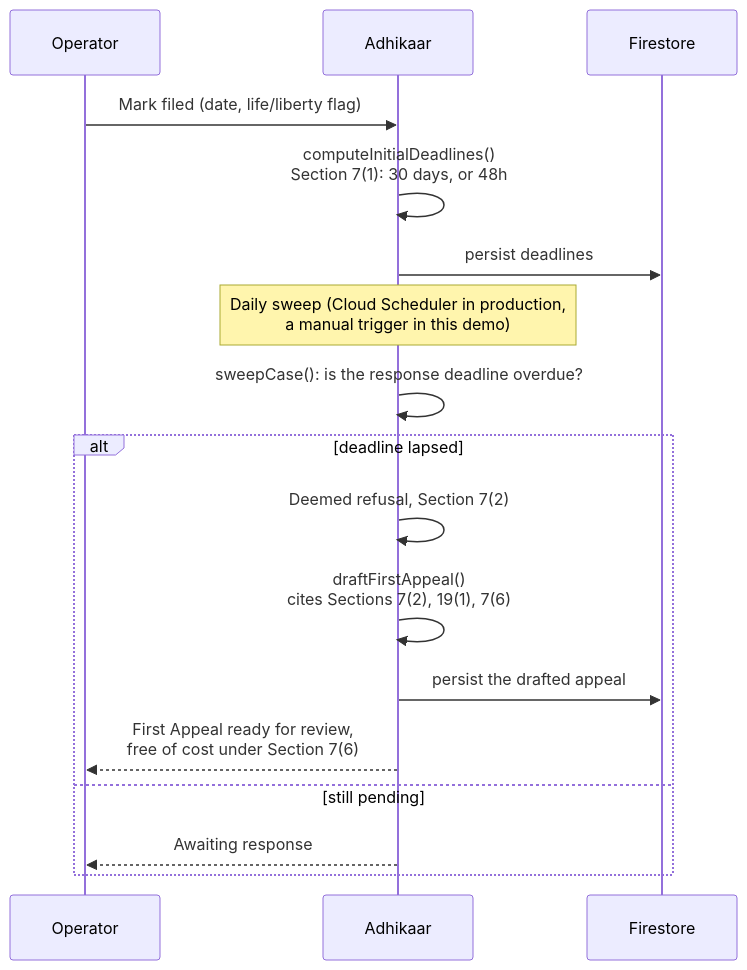
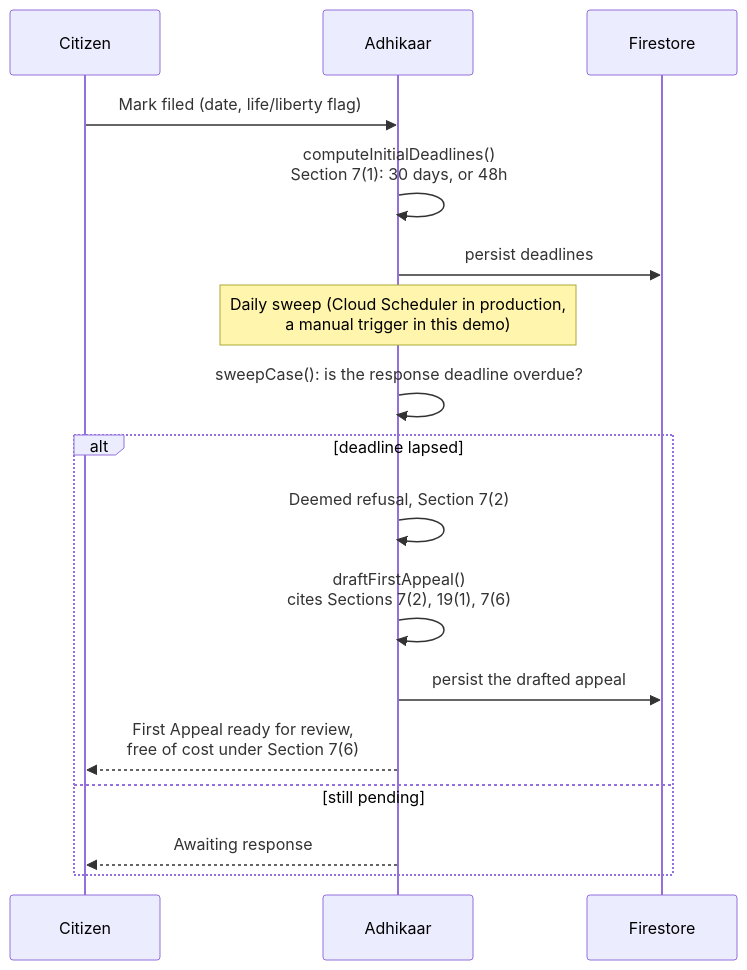
One commit to harshkawatra11/Adhikaar-OOSC changed the third of 3 diagrams in README.md. Above: the diagram before and after it, drawn with Mermaid. The commit also changed other lines of this file and 7 other files, not shown here.

````diff
--- a/README.md
+++ b/README.md
@@ -140,20 +154,20 @@
 ```mermaid
 sequenceDiagram
-    participant O as Operator
+    participant O as Citizen
     participant A as Adhikaar
     participant S as Firestore
 
     O->>A: Mark filed (date, life/liberty flag)
     A->>A: computeInitialDeadlines()<br/>Section 7(1): 30 days, or 48h
     A->>S: persist deadlines
     Note over A: Daily sweep (Cloud Scheduler in production,<br/>a manual trigger in this demo)
     A->>A: sweepCase(): is the response deadline overdue?
     alt deadline lapsed
         A->>A: Deemed refusal, Section 7(2)
         A->>A: draftFirstAppeal()<br/>cites Sections 7(2), 19(1), 7(6)
         A->>S: persist the drafted appeal
         A-->>O: First Appeal ready for review,<br/>free of cost under Section 7(6)
     else still pending
         A-->>O: Awaiting response
     end
 ```
````
